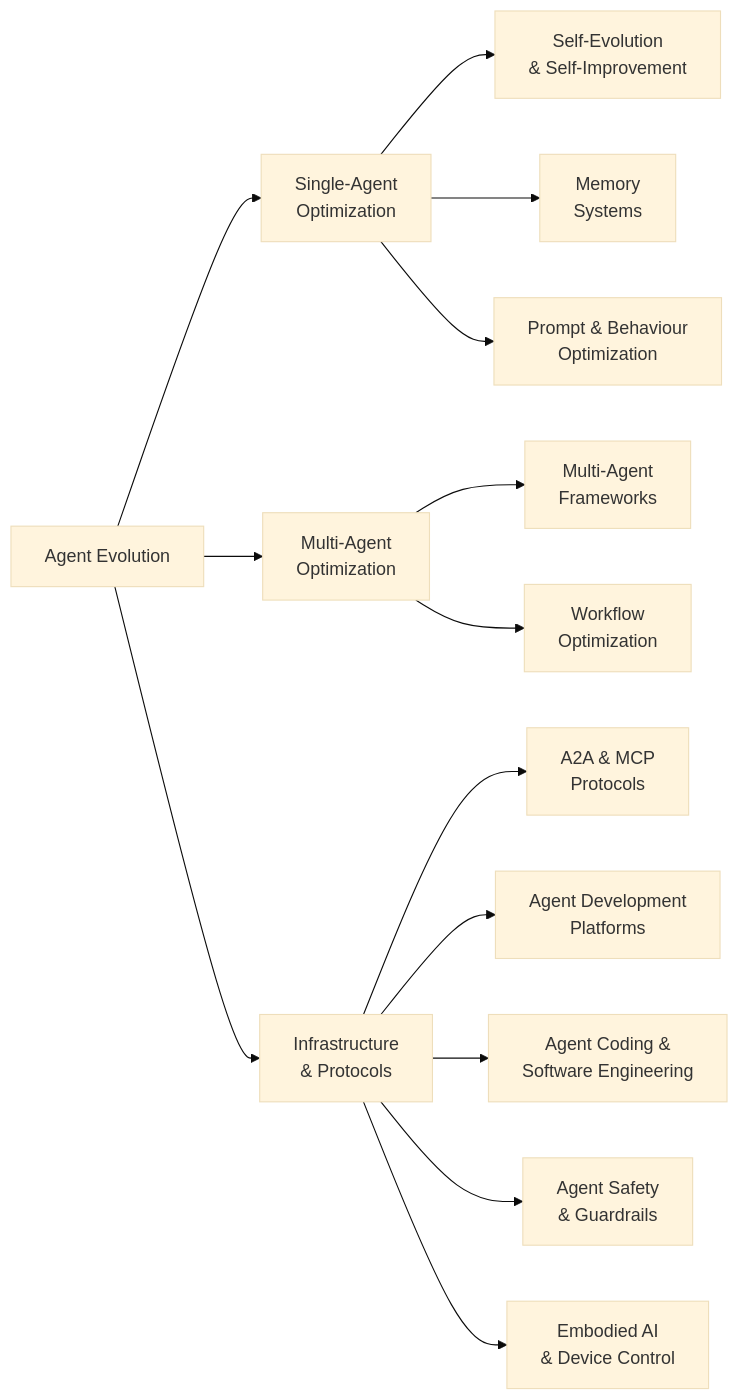
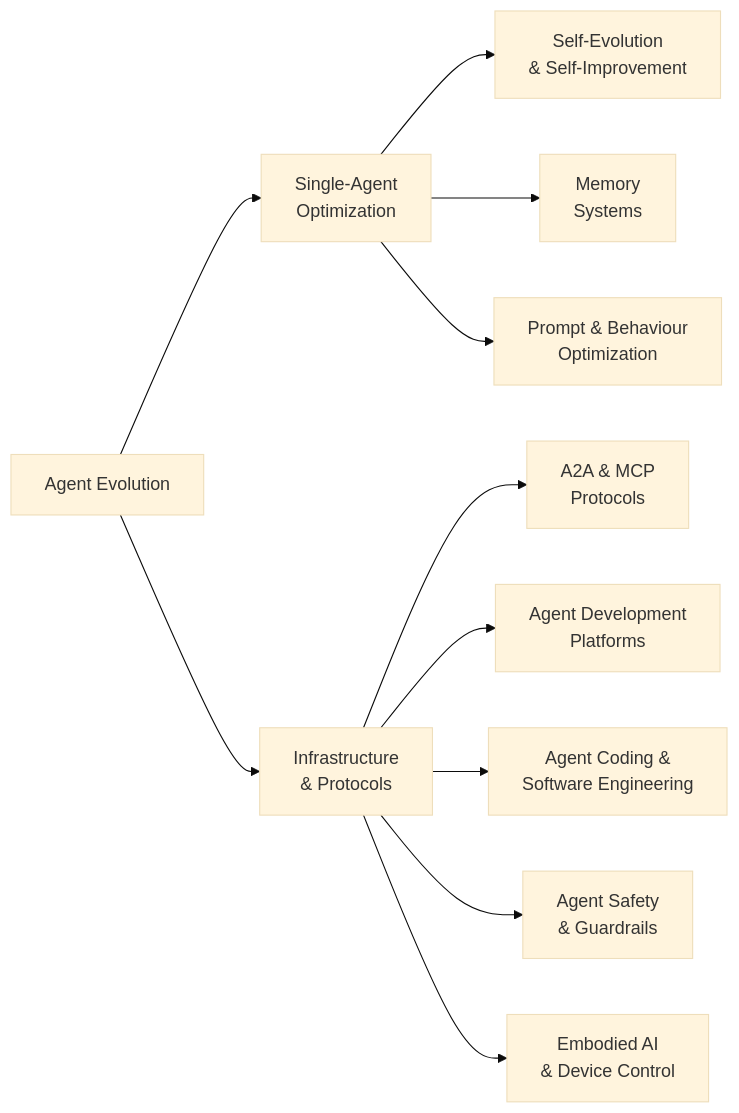
One commit to EvoMap/awesome-agent-evolution changed the diagram in README.md. Above: the diagram before and after it, drawn with Mermaid (base theme). The commit also changed other lines of this file and 4 other files, not shown here.

First line of the commit message:
Overhaul: remove multi-agent section, add evolution projects, expand papers

````diff
--- a/README.md
+++ b/README.md
@@ -23,19 +22,15 @@
 ```mermaid
 graph LR
     Root["Agent Evolution"] --> SingleAgent["Single-Agent<br/>Optimization"]
-    Root --> MultiAgent["Multi-Agent<br/>Optimization"]
     Root --> Infrastructure["Infrastructure<br/>& Protocols"]
 
     SingleAgent --> Evolution["Self-Evolution<br/>& Self-Improvement"]
     SingleAgent --> Memory["Memory<br/>Systems"]
     SingleAgent --> PromptOpt["Prompt & Behaviour<br/>Optimization"]
-
-    MultiAgent --> Frameworks["Multi-Agent<br/>Frameworks"]
-    MultiAgent --> WorkflowOpt["Workflow<br/>Optimization"]
 
     Infrastructure --> Protocols["A2A & MCP<br/>Protocols"]
     Infrastructure --> Platforms["Agent Development<br/>Platforms"]
     Infrastructure --> Coding["Agent Coding &<br/>Software Engineering"]
     Infrastructure --> Safety["Agent Safety<br/>& Guardrails"]
     Infrastructure --> Embodied["Embodied AI<br/>& Device Control"]
 ```
````
